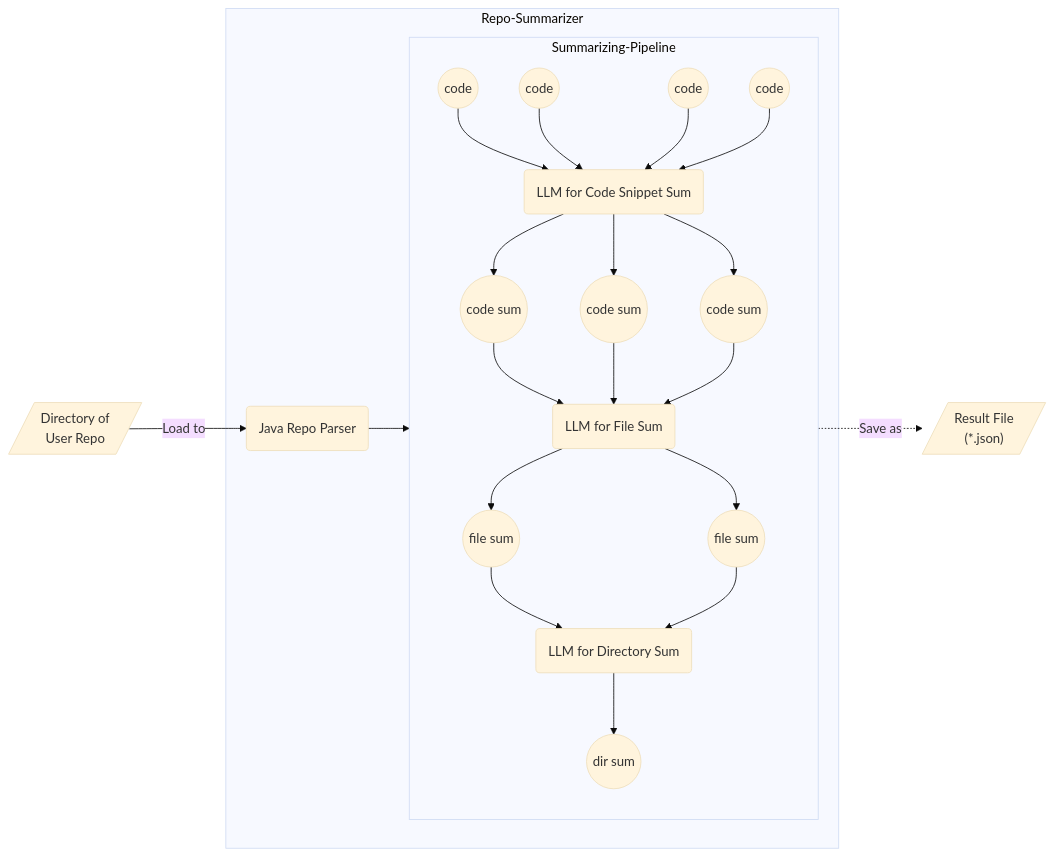
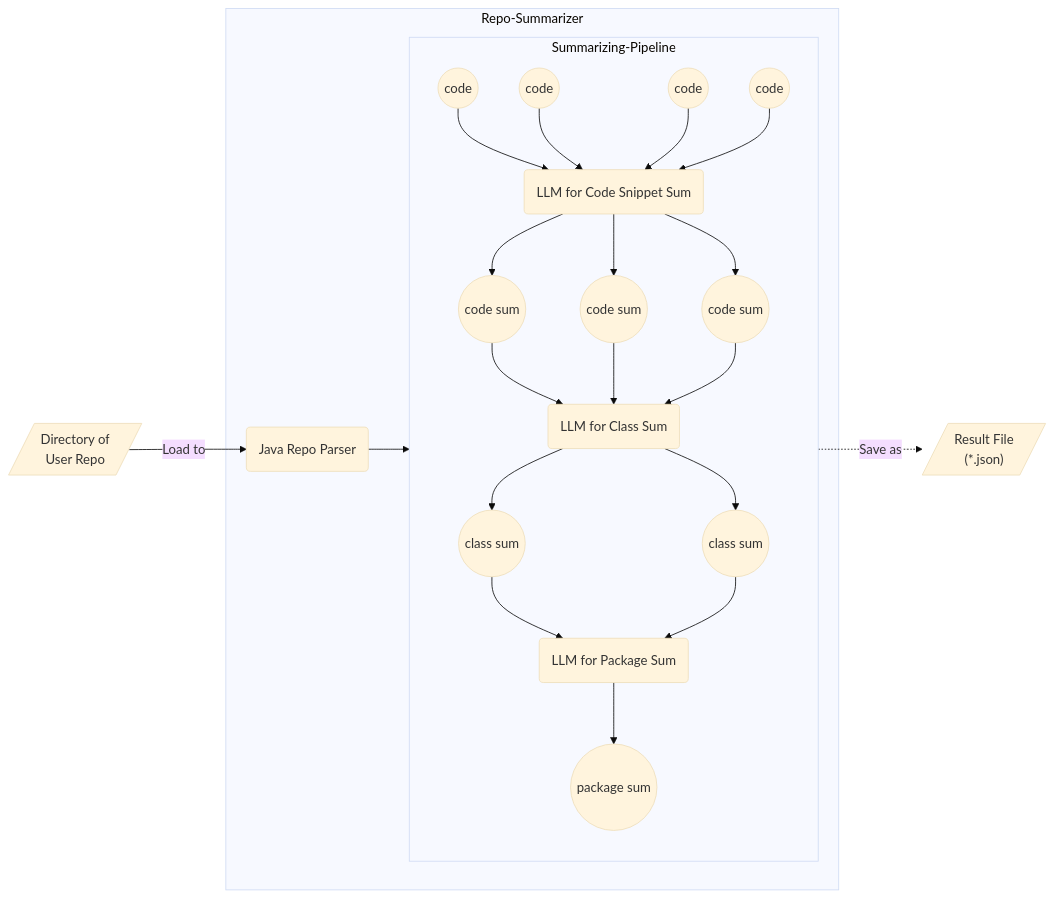
One commit to Banana-Boat/repo-summarizer changed the diagram in README.md. Above: the diagram before and after it, drawn with Mermaid (base theme). The commit also changed other lines of this file and 2 other files, not shown here.

````diff
--- a/README.md
+++ b/README.md
@@ -9,28 +9,28 @@
 ```mermaid
 flowchart LR
   id_user_repo[/Directory of\nUser Repo/] -->|Load to| id_jrp(Java Repo Parser)
 
   subgraph Repo-Summarizer
   id_jrp --> Summarizing-Pipeline
   end
 
   subgraph Summarizing-Pipeline
   id_code1((code)) --> id_llm1(LLM for Code Snippet Sum)
   id_code2((code)) --> id_llm1
   id_code3((code)) --> id_llm1
   id_code4((code)) --> id_llm1
   id_llm1 --> id_code_sum1((code sum))
   id_llm1 --> id_code_sum2((code sum))
   id_llm1 --> id_code_sum3((code sum))
-  id_code_sum1 --> id_llm2(LLM for File Sum)
+  id_code_sum1 --> id_llm2(LLM for Class Sum)
   id_code_sum2 --> id_llm2
   id_code_sum3 --> id_llm2
-  id_llm2 --> id_file1((file sum))
-  id_llm2 --> id_file2((file sum))
-  id_file1 --> id_llm3(LLM for Directory Sum)
-  id_file2 --> id_llm3
-  id_llm3 --> id_dir((dir sum))
+  id_llm2 --> id_cls1((class sum))
+  id_llm2 --> id_cls2((class sum))
+  id_cls1 --> id_llm3(LLM for Package Sum)
+  id_cls2 --> id_llm3
+  id_llm3 --> id_pkg((package sum))
   end
 
   Summarizing-Pipeline -.Save as.-> id_sum_out[/"Result File\n(*.json)"/]
 ```
````
